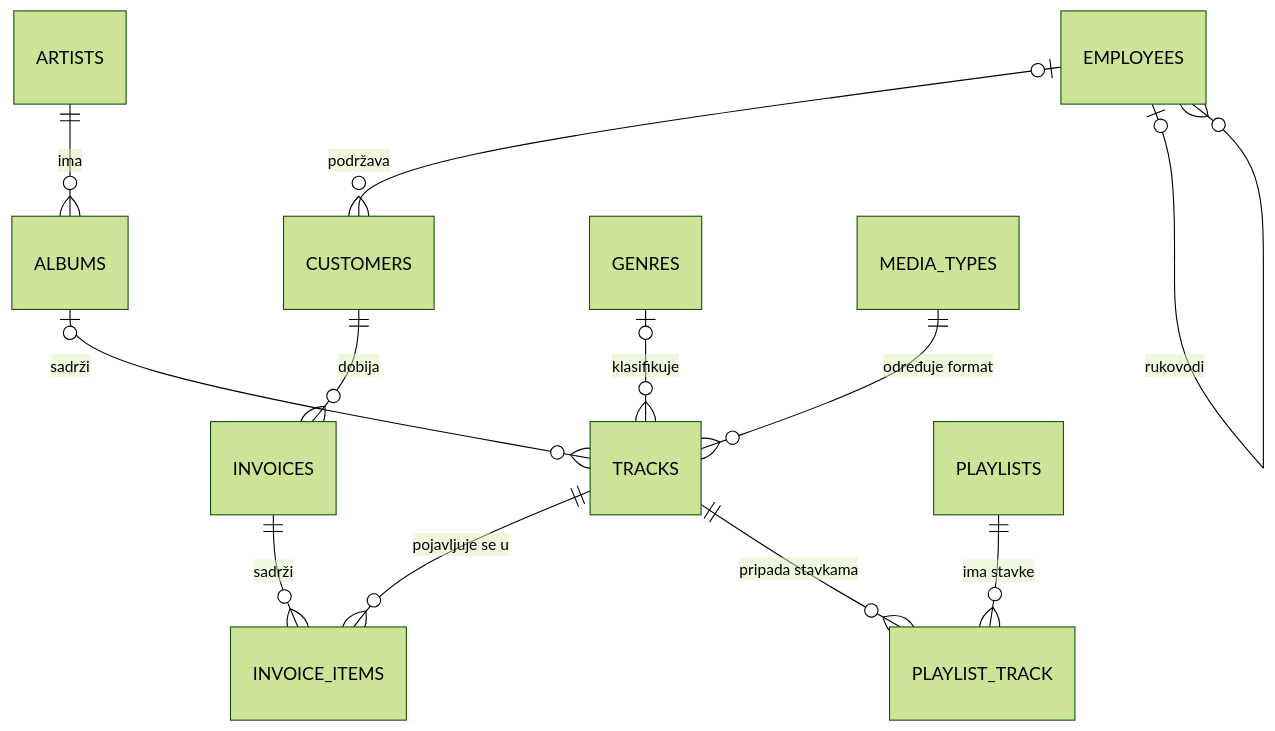
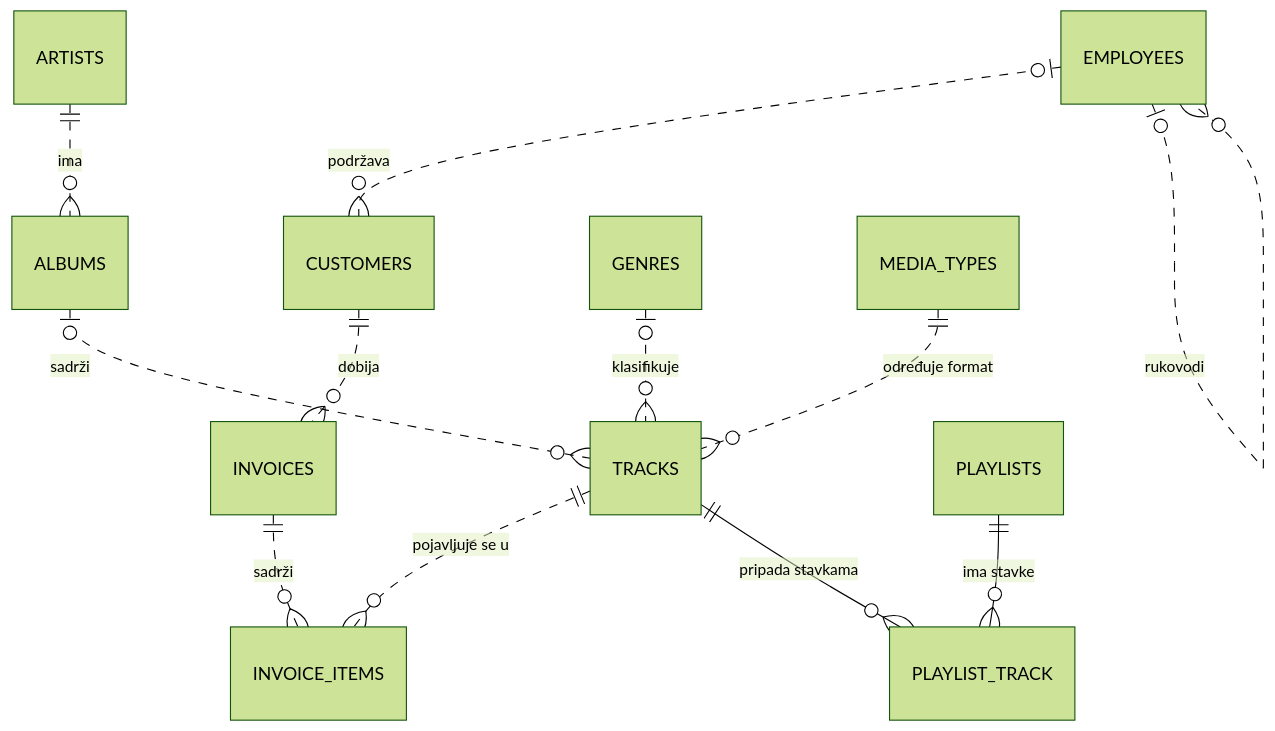
The second of 7 diagrams in fast-api-course-my-work/sqlite_for_beginners/00_intro/04_database_concepts.md (josip-pavlovic-dev/fast-api-portfolio), drawn with Mermaid (forest theme) before and after one commit. The commit also changed other lines of this file and 4 other files, not shown here.

````diff
--- a/fast-api-course-my-work/sqlite_for_beginners/00_intro/04_database_concepts.md
+++ b/fast-api-course-my-work/sqlite_for_beginners/00_intro/04_database_concepts.md
@@ -131,14 +143,14 @@
 ```mermaid
 erDiagram
-    ARTISTS ||--o{ ALBUMS : "ima"
-    ALBUMS o|--o{ TRACKS : "sadrži"
-    CUSTOMERS ||--o{ INVOICES : "dobija"
-    INVOICES ||--o{ INVOICE_ITEMS : "sadrži"
-    TRACKS ||--o{ INVOICE_ITEMS : "pojavljuje se u"
+    ARTISTS ||..o{ ALBUMS : "ima"
+    ALBUMS |o..o{ TRACKS : "sadrži"
+    CUSTOMERS ||..o{ INVOICES : "dobija"
+    INVOICES ||..o{ INVOICE_ITEMS : "sadrži"
+    TRACKS ||..o{ INVOICE_ITEMS : "pojavljuje se u"
     PLAYLISTS ||--o{ PLAYLIST_TRACK : "ima stavke"
     TRACKS ||--o{ PLAYLIST_TRACK : "pripada stavkama"
-    GENRES o|--o{ TRACKS : "klasifikuje"
-    MEDIA_TYPES ||--o{ TRACKS : "određuje format"
-    EMPLOYEES o|--o{ CUSTOMERS : "podržava"
-    EMPLOYEES o|--o{ EMPLOYEES : "rukovodi"
+    GENRES |o..o{ TRACKS : "klasifikuje"
+    MEDIA_TYPES ||..o{ TRACKS : "određuje format"
+    EMPLOYEES |o..o{ CUSTOMERS : "podržava"
+    EMPLOYEES |o..o{ EMPLOYEES : "rukovodi"
 ```
````
